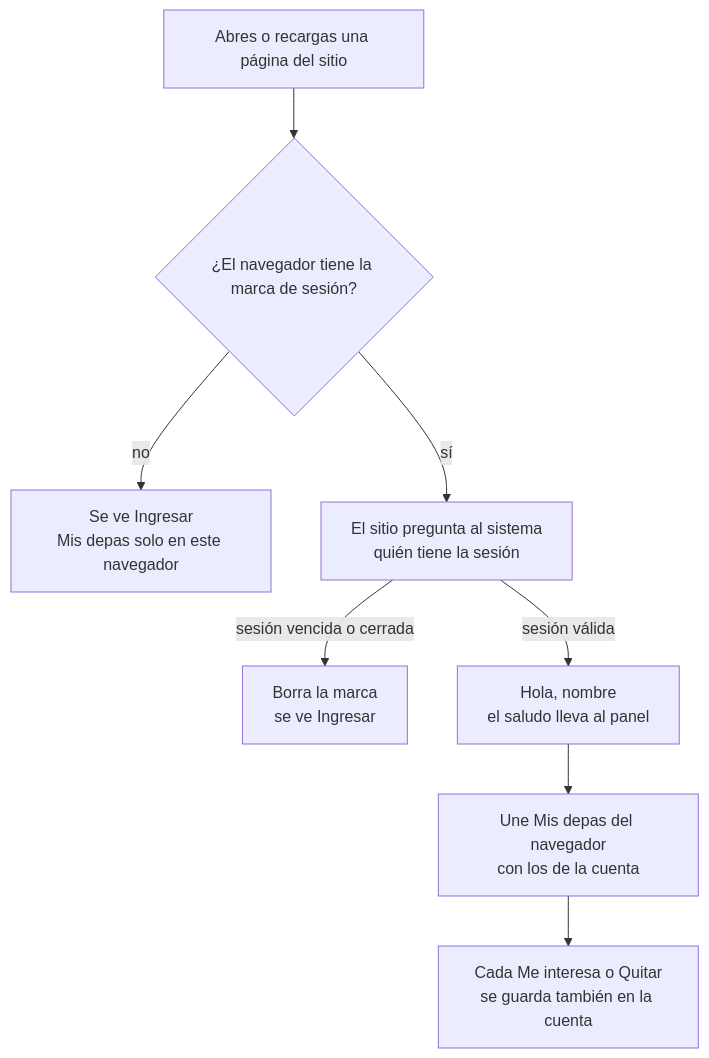
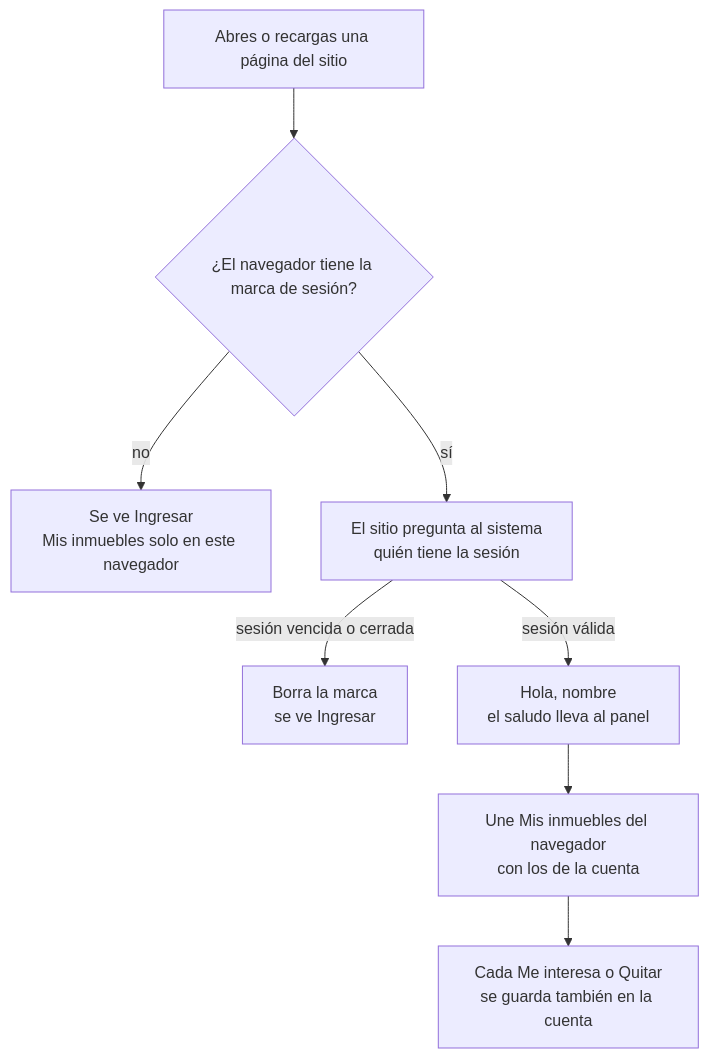
Before and after one commit to samirharrytl/DHC_landing: diagram 13 of 17 in docs/plataforma/09-manual-funcional.md, drawn with Mermaid. The commit also changed other lines of this file and 72 other files, not shown here.

First line of the commit message:
Fuente Poppins como depahostperu.com, "Mis depas" pasa a "Mis inmuebles" y cambios en API y panel

````diff
--- a/docs/plataforma/09-manual-funcional.md
+++ b/docs/plataforma/09-manual-funcional.md
@@ -2362,10 +2357,10 @@
 ```mermaid
 flowchart TD
     abre["Abres o recargas una página del sitio"] --> marca{"¿El navegador tiene la marca de sesión?"}
-    marca -->|"no"| anonimo["Se ve Ingresar<br/>Mis depas solo en este navegador"]
+    marca -->|"no"| anonimo["Se ve Ingresar<br/>Mis inmuebles solo en este navegador"]
     marca -->|"sí"| consulta["El sitio pregunta al sistema<br/>quién tiene la sesión"]
     consulta -->|"sesión vencida o cerrada"| borra["Borra la marca<br/>se ve Ingresar"]
     consulta -->|"sesión válida"| saludo["Hola, nombre<br/>el saludo lleva al panel"]
-    saludo --> une["Une Mis depas del navegador<br/>con los de la cuenta"]
+    saludo --> une["Une Mis inmuebles del navegador<br/>con los de la cuenta"]
     une --> guarda["Cada Me interesa o Quitar<br/>se guarda también en la cuenta"]
 ```
````
